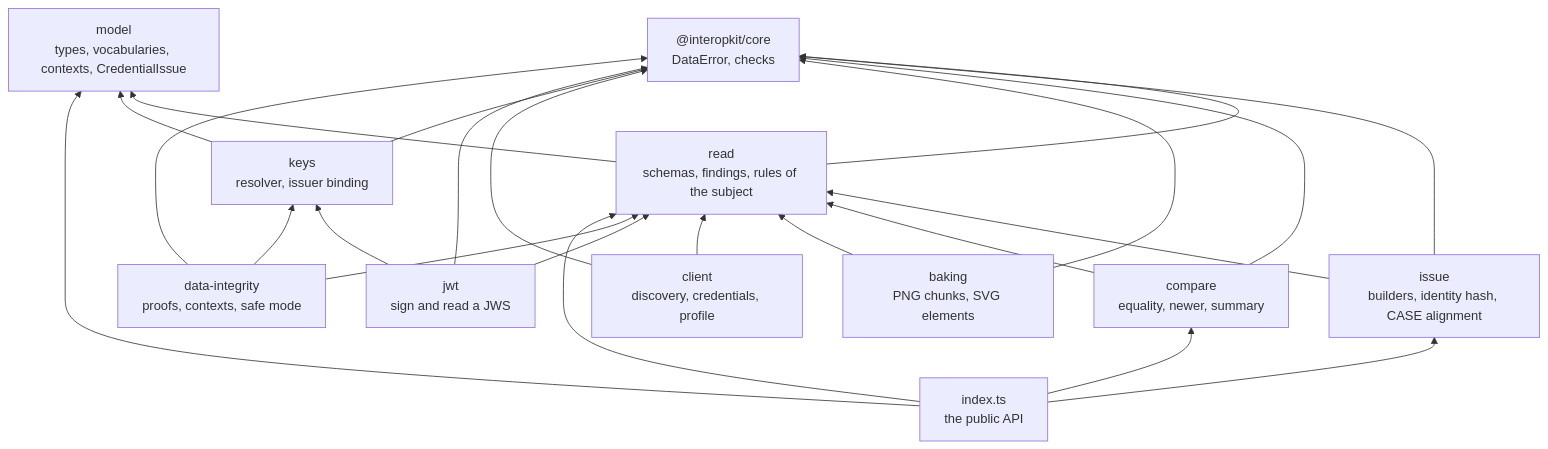
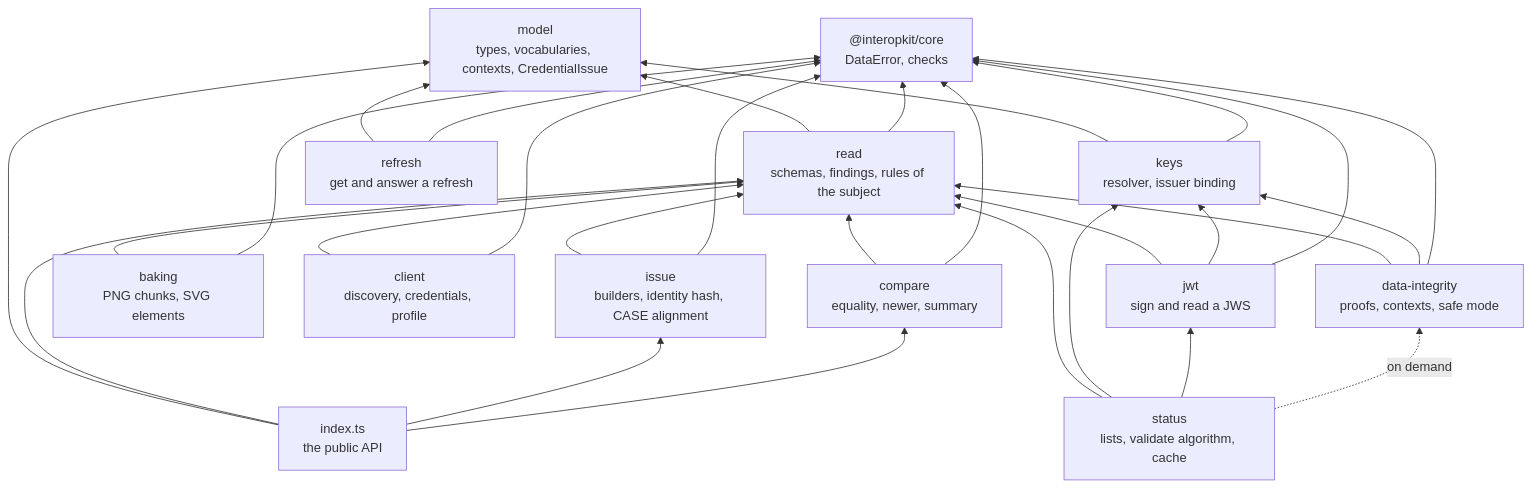
The first of 2 diagrams in docs/achievement-credentials/architecture.md (interopkit/interopkit), drawn with Mermaid before and after one commit. The commit also changed other lines of this file and 33 other files, not shown here.

First line of the commit message:
Add status lists and refresh to achievement-credentials: the Bitstring Status List with its validate algorithm, and the 1EdTech credential refresh

````diff
--- a/docs/achievement-credentials/architecture.md
+++ b/docs/achievement-credentials/architecture.md
@@ -12,36 +14,44 @@
 ```mermaid
 flowchart BT
   core["@interopkit/core<br/>DataError, checks"]
   model["model<br/>types, vocabularies, contexts, CredentialIssue"]
   read["read<br/>schemas, findings, rules of the subject"]
   issue["issue<br/>builders, identity hash, CASE alignment"]
   compare["compare<br/>equality, newer, summary"]
   baking["baking<br/>PNG chunks, SVG elements"]
   client["client<br/>discovery, credentials, profile"]
   keys["keys<br/>resolver, issuer binding"]
   jwt["jwt<br/>sign and read a JWS"]
   di["data-integrity<br/>proofs, contexts, safe mode"]
+  status["status<br/>lists, validate algorithm, cache"]
+  refresh["refresh<br/>get and answer a refresh"]
   root["index.ts<br/>the public API"]
   read --> model
   read --> core
   issue --> read
   issue --> core
   compare --> read
   compare --> core
   baking --> read
   baking --> core
   client --> read
   client --> core
   keys --> model
   keys --> core
   jwt --> read
   jwt --> keys
   jwt --> core
   di --> read
   di --> keys
   di --> core
+  status --> read
+  status --> keys
+  status --> jwt
+  status -.->|"on demand"| di
+  refresh --> model
+  refresh --> core
   root --> model
   root --> read
   root --> issue
   root --> compare
 ```
````
